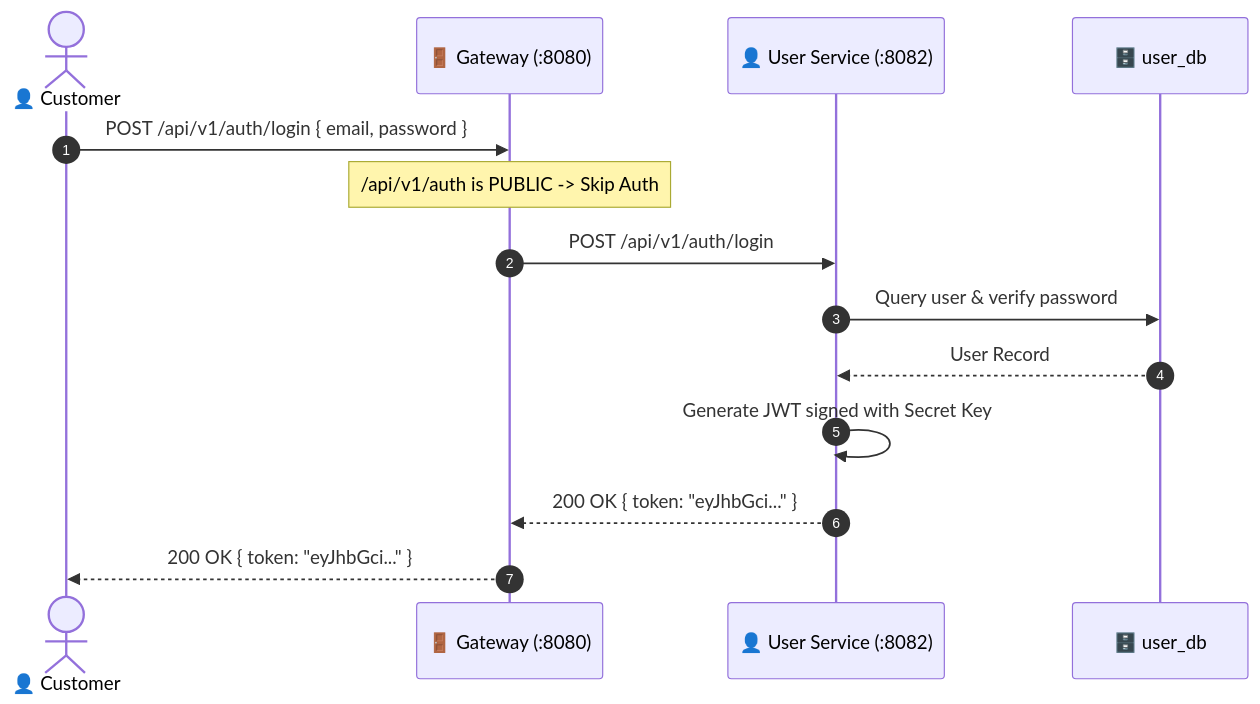
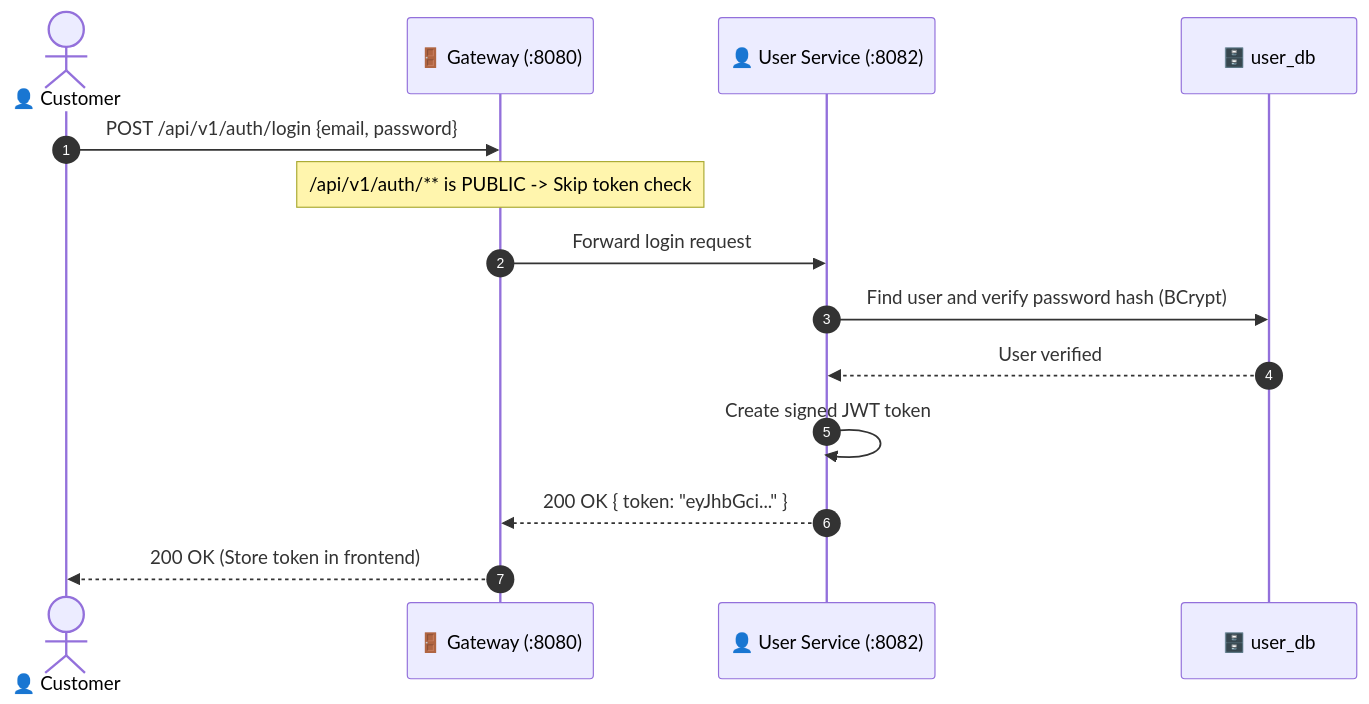
One commit to aaron18072002/eSupermarket changed the sixth of 8 diagrams in FLOW.md. Above: the diagram before and after it, drawn with Mermaid. The commit also changed other lines of this file and 35 other files, not shown here.

````diff
--- a/FLOW.md
+++ b/FLOW.md
@@ -99,17 +148,17 @@
 ```mermaid
 sequenceDiagram
     autonumber
-    actor User as 👤 Customer
+    actor Customer as 👤 Customer
     participant GW as 🚪 Gateway (:8080)
     participant US as 👤 User Service (:8082)
     participant DB as 🗄️ user_db
 
-    User->>GW: POST /api/v1/auth/login { email, password }
-    Note over GW: /api/v1/auth is PUBLIC -> Skip Auth
-    GW->>US: POST /api/v1/auth/login
-    US->>DB: Query user & verify password
-    DB-->>US: User Record
-    US->>US: Generate JWT signed with Secret Key
+    Customer->>GW: POST /api/v1/auth/login {email, password}
+    Note over GW: /api/v1/auth/** is PUBLIC -> Skip token check
+    GW->>US: Forward login request
+    US->>DB: Find user and verify password hash (BCrypt)
+    DB-->>US: User verified
+    US->>US: Create signed JWT token
     US-->>GW: 200 OK { token: "eyJhbGci..." }
-    GW-->>User: 200 OK { token: "eyJhbGci..." }
+    GW-->>Customer: 200 OK (Store token in frontend)
 ```
````
